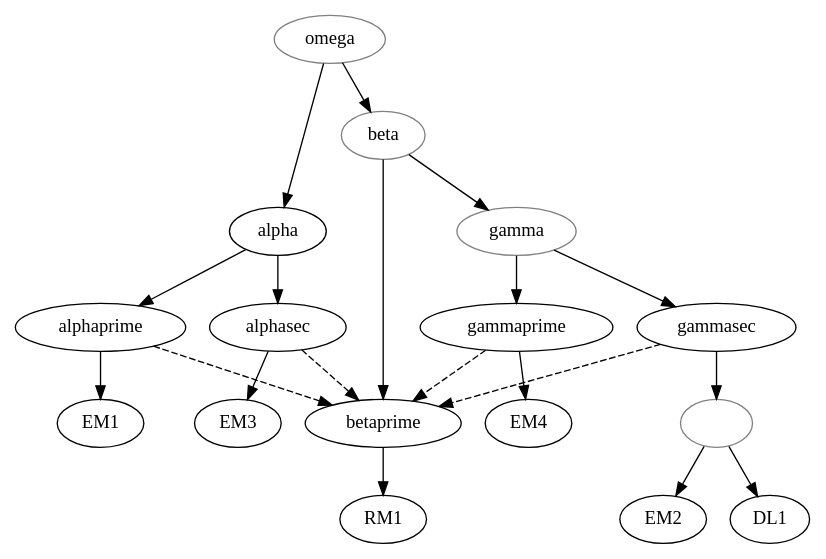
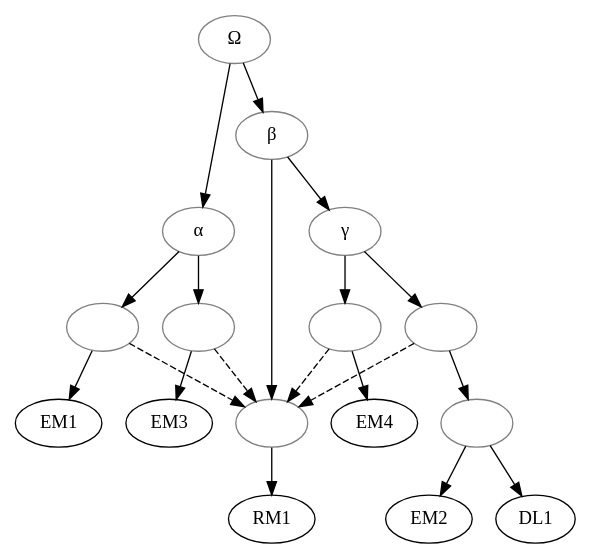
The diagram in data/gez/ZewdieGebreegziabher_2023_GadlaFeqertaKrestos/stemma.gv (OpenStemmata/database), drawn with Graphviz before and after one commit. The commit also changed 2 other files, not shown here.

```diff
--- a/data/gez/ZewdieGebreegziabher_2023_GadlaFeqertaKrestos/stemma.gv
+++ b/data/gez/ZewdieGebreegziabher_2023_GadlaFeqertaKrestos/stemma.gv
@@ -1,33 +1,38 @@
 digraph {
     omega -> alpha;
     omega -> beta;
     beta -> gamma;
     
     alpha -> alphaprime;
     alphaprime -> EM1;
     alpha -> alphasec;
     alphasec -> EM3;
     
     beta -> betaprime
     betaprime -> RM1;
     
     gamma -> gammaprime;
     gammaprime -> EM4;
     
     gamma -> gammasec;
     gammasec -> unlabeled1;
     
     unlabeled1 -> DL1;
     unlabeled1 -> EM2;
 
-    alphaprime -> betaprime [style = "dashed"];
-    alphasec -> betaprime [style = "dashed"];
-    gammaprime -> betaprime [style = "dashed"];
-    gammasec -> betaprime [style = "dashed"];
+    alphaprime -> betaprime [style="dashed"];
+    alphasec -> betaprime [style="dashed"];
+    gammaprime -> betaprime [style="dashed"];
+    gammasec -> betaprime [style="dashed"];
 
-    unlabeled1 [label = "", color = "grey"];
-    omega [color = "grey"];
-    alpha [color = "alpha"];
-    beta [color = "grey"];
-    gamma [color = "grey"];
+    unlabeled1 [label="",color="grey"];
+    omega [label="Ω",color="grey"];
+    alpha [label="α",color="grey"];
+    beta [label="β",color="grey"];
+    gamma [label="γ",color="grey"];
+    alphaprime [label="",color="grey"];
+    alphasec [label="",color="grey"];
+    betaprime [label="",color="grey"];
+    gammaprime [label="",color="grey"];
+    gammasec [label="",color="grey"];
 }
```
